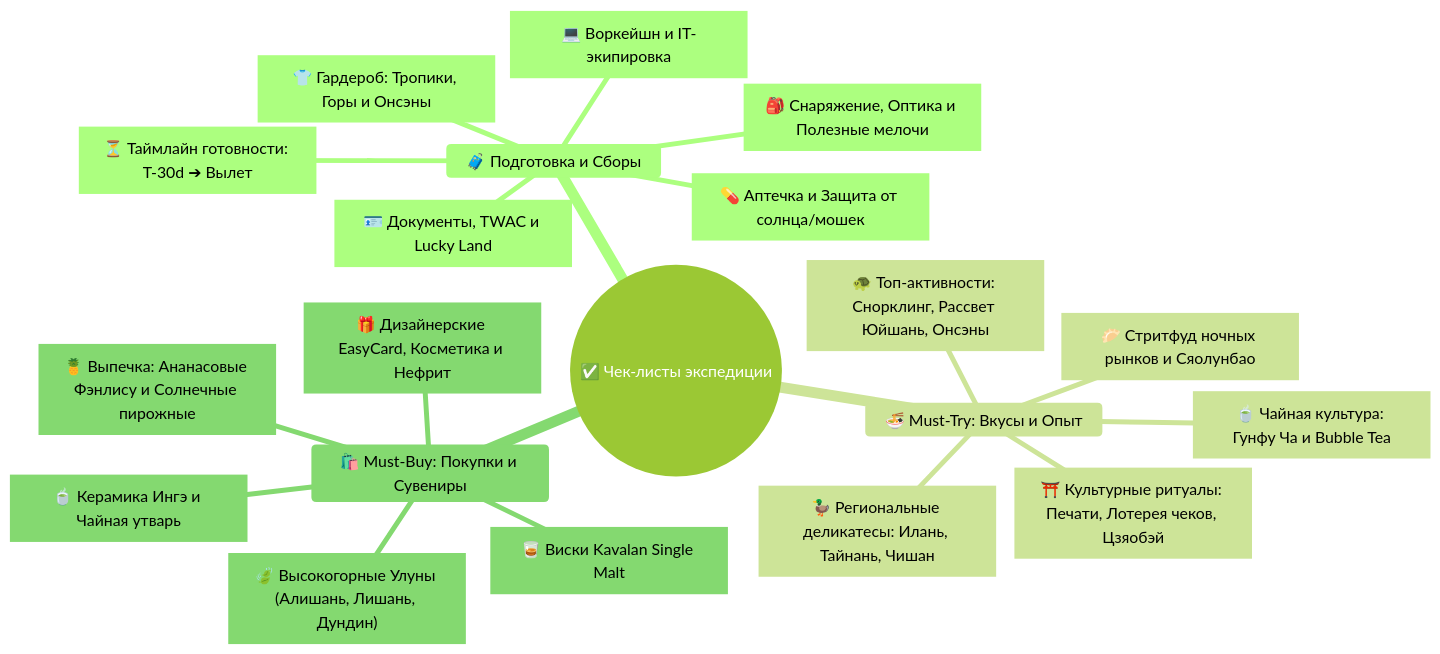
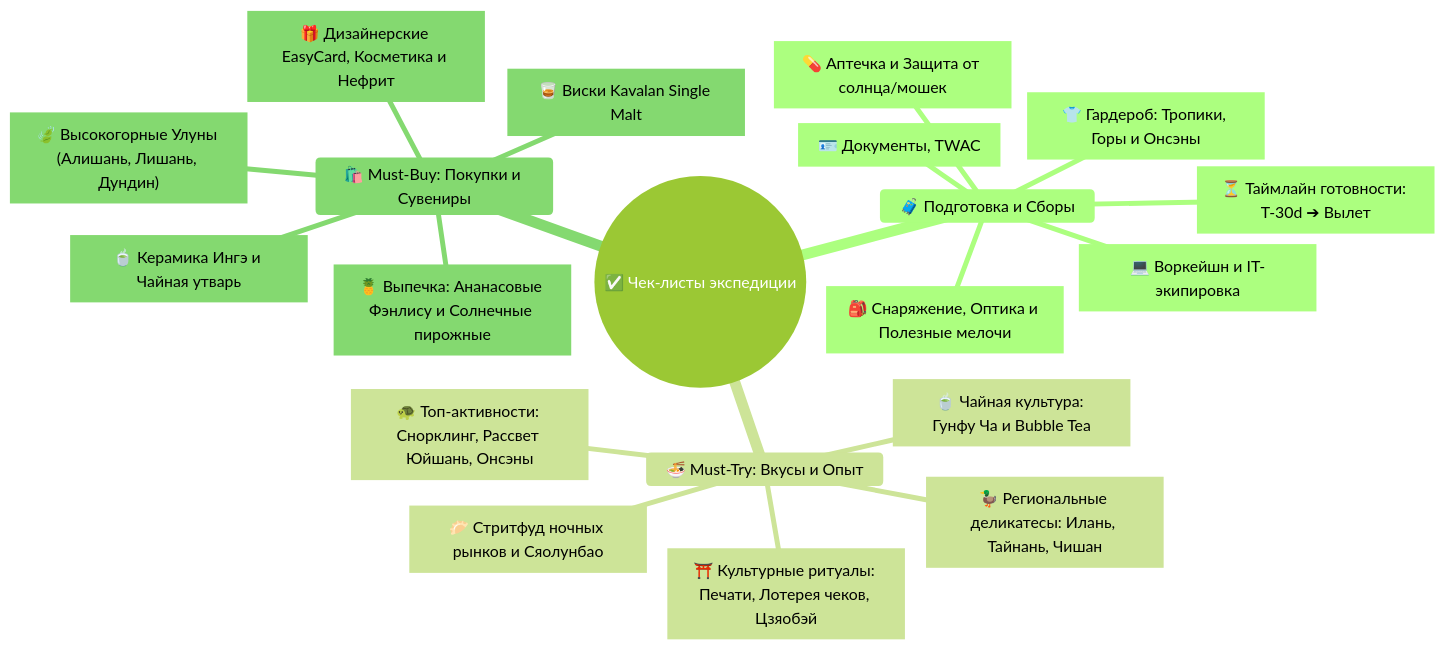
One commit to injurka/obsidian-mark changed the diagram in Personal Note/Travel/-- Taiwan/06 - Чек лист/Чек лист.md. Above: the diagram before and after it, drawn with Mermaid (forest theme). The commit also changed other lines of this file and 23 other files, not shown here.

````diff
--- a/Personal Note/Travel/-- Taiwan/06 - Чек лист/Чек лист.md
+++ b/Personal Note/Travel/-- Taiwan/06 - Чек лист/Чек лист.md
@@ -10,23 +10,23 @@
 ```mermaid
 mindmap
   root((✅ Чек-листы экспедиции))
     🧳 Подготовка и Сборы
-      ["🪪 Документы, TWAC и Lucky Land"]
+      ["🪪 Документы, TWAC"]
       ["💻 Воркейшн и IT-экипировка"]
       ["💊 Аптечка и Защита от солнца/мошек"]
       ["👕 Гардероб: Тропики, Горы и Онсэны"]
       ["🎒 Снаряжение, Оптика и Полезные мелочи"]
       ["⏳ Таймлайн готовности: T-30d ➔ Вылет"]
     🍜 Must-Try: Вкусы и Опыт
       ["🥟 Стритфуд ночных рынков и Сяолунбао"]
       ["🦆 Региональные деликатесы: Илань, Тайнань, Чишан"]
       ["🍵 Чайная культура: Гунфу Ча и Bubble Tea"]
       ["🐢 Топ-активности: Снорклинг, Рассвет Юйшань, Онсэны"]
       ["⛩️ Культурные ритуалы: Печати, Лотерея чеков, Цзяобэй"]
     🛍️ Must-Buy: Покупки и Сувениры
       ["🍃 Высокогорные Улуны (Алишань, Лишань, Дундин)"]
       ["🍍 Выпечка: Ананасовые Фэнлису и Солнечные пирожные"]
       ["🥃 Виски Kavalan Single Malt"]
       ["🍵 Керамика Ингэ и Чайная утварь"]
       ["🎁 Дизайнерские EasyCard, Косметика и Нефрит"]
 ```
````
